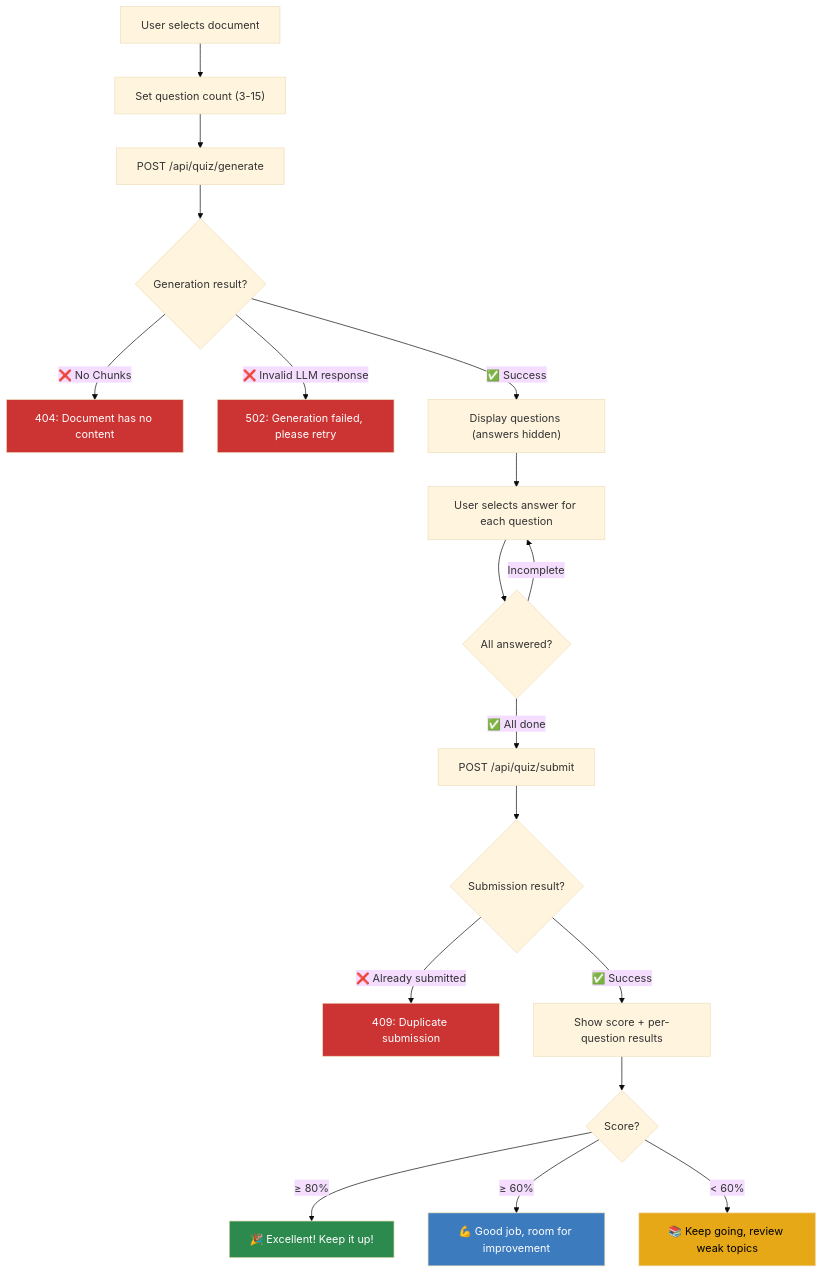
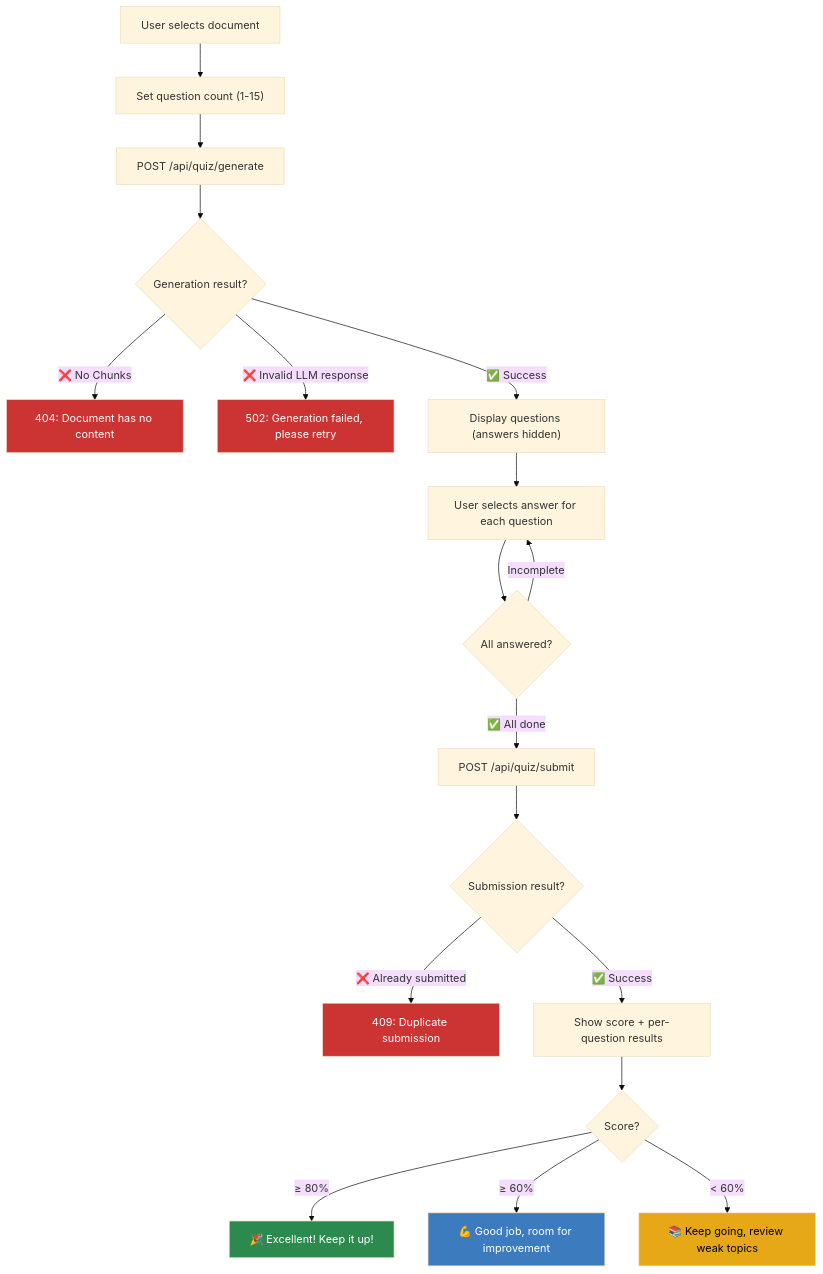
Before and after one commit to johnmak101-ops/RevisionApp: the fourth of 7 diagrams in docs/en/UI_FLOW_DIAGRAM.md, drawn with Mermaid (base theme). The commit also changed other lines of this file and 23 other files, not shown here.

````diff
--- a/docs/en/UI_FLOW_DIAGRAM.md
+++ b/docs/en/UI_FLOW_DIAGRAM.md
@@ -83,31 +83,31 @@
 ```mermaid
 flowchart TD
-    A["User selects document"] --> B["Set question count (3-15)"]
+    A["User selects document"] --> B["Set question count (1-15)"]
     B --> C["POST /api/quiz/generate"]
     
     C --> D{"Generation result?"}
     D -->|"❌ No Chunks"| ERR1["404: Document has no content"]
     D -->|"❌ Invalid LLM response"| ERR2["502: Generation failed, please retry"]
     D -->|"✅ Success"| E["Display questions (answers hidden)"]
     
     E --> F["User selects answer for each question"]
     F --> G{"All answered?"}
     G -->|"Incomplete"| F
     G -->|"✅ All done"| H["POST /api/quiz/submit"]
     
     H --> I{"Submission result?"}
     I -->|"❌ Already submitted"| ERR3["409: Duplicate submission"]
     I -->|"✅ Success"| J["Show score + per-question results"]
     
     J --> K{"Score?"}
     K -->|"≥ 80%"| L["🎉 Excellent! Keep it up!"]
     K -->|"≥ 60%"| M["💪 Good job, room for improvement"]
     K -->|"< 60%"| N["📚 Keep going, review weak topics"]
     
     style ERR1 fill:#cc3333,color:#fff
     style ERR2 fill:#cc3333,color:#fff
     style ERR3 fill:#cc3333,color:#fff
     style L fill:#2d8a4e,color:#fff
     style M fill:#3d7bbf,color:#fff
     style N fill:#e6a817,color:#000
 ```
````
